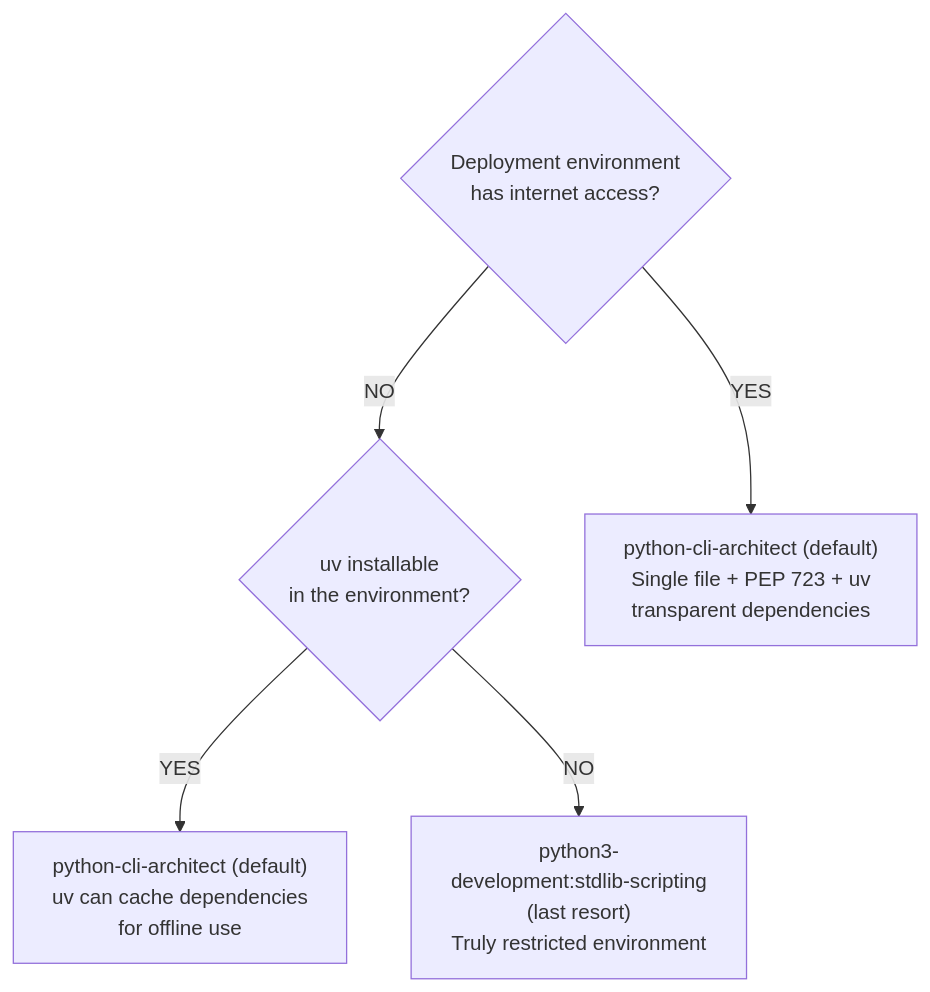
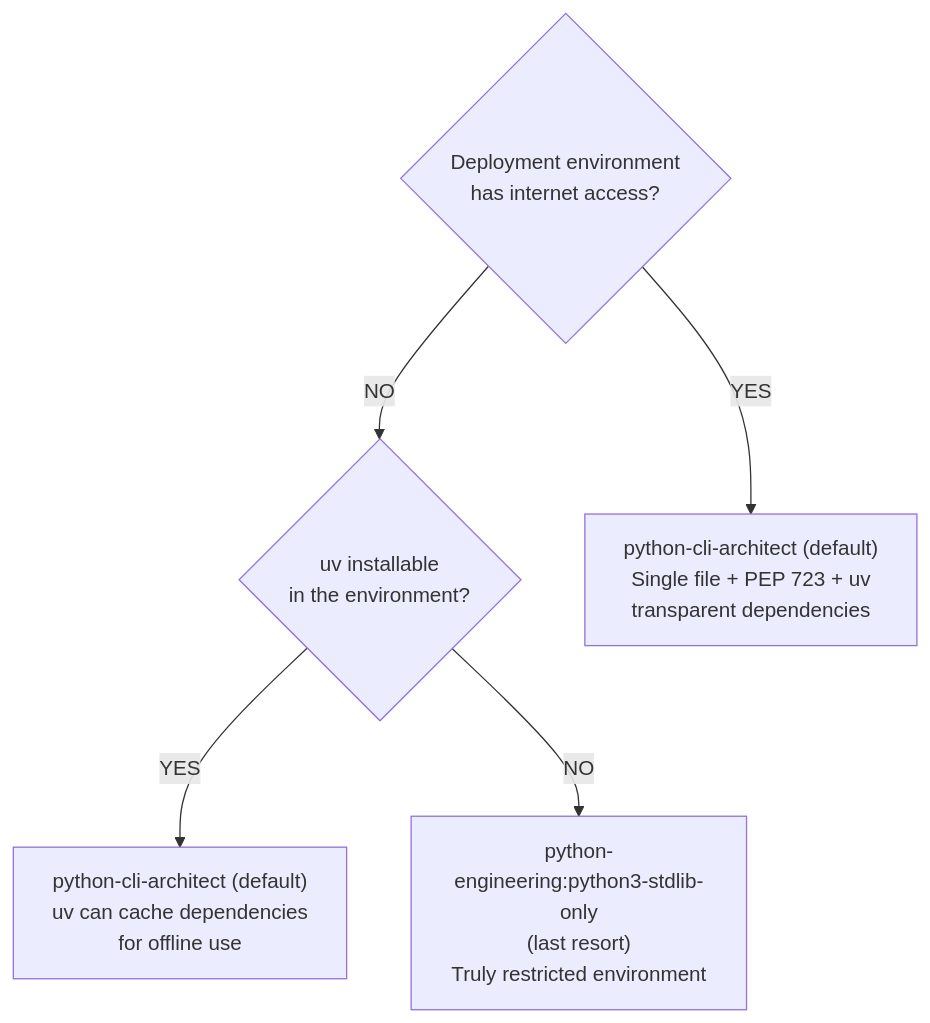
The sixth of 6 diagrams in plugins/python-engineering/skills/orchestrating-python-development/SKILL.md (chgreer1070/claude_skills), drawn with Mermaid before and after one commit. The commit also changed other lines of this file and 10 other files, not shown here.

First line of the commit message:
fix(python-engineering): replace all python3-development: skill refs with python-engineering:

````diff
--- a/plugins/python-engineering/skills/orchestrating-python-development/SKILL.md
+++ b/plugins/python-engineering/skills/orchestrating-python-development/SKILL.md
@@ -282,12 +282,12 @@
 ```mermaid
 flowchart TD
     Q1{"Deployment environment<br>has internet access?"}
     Q2{"uv installable<br>in the environment?"}
     A1["python-cli-architect (default)<br>Single file + PEP 723 + uv<br>transparent dependencies"]
     A2["python-cli-architect (default)<br>uv can cache dependencies<br>for offline use"]
-    A3["python3-development:stdlib-scripting<br>(last resort)<br>Truly restricted environment"]
+    A3["python-engineering:python3-stdlib-only<br>(last resort)<br>Truly restricted environment"]
     Q1 -->|"YES"| A1
     Q1 -->|"NO"| Q2
     Q2 -->|"YES"| A2
     Q2 -->|"NO"| A3
 ```
````
